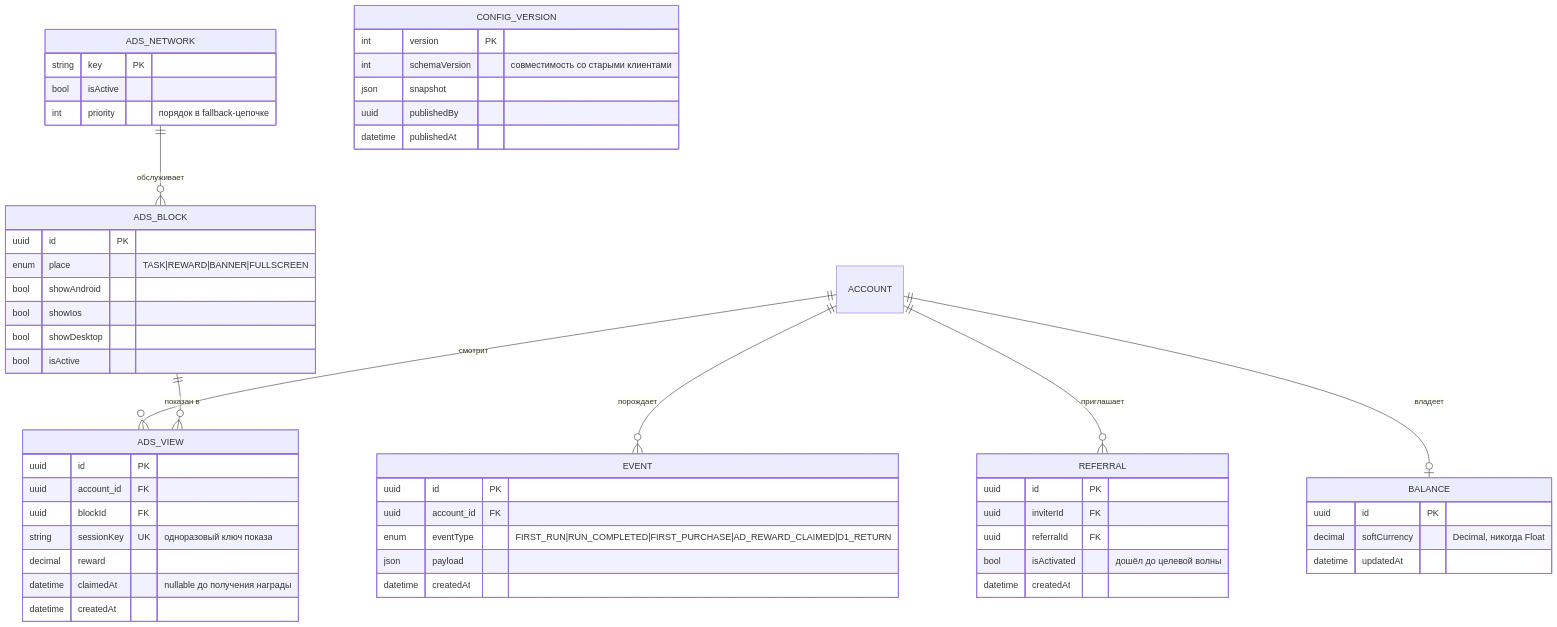
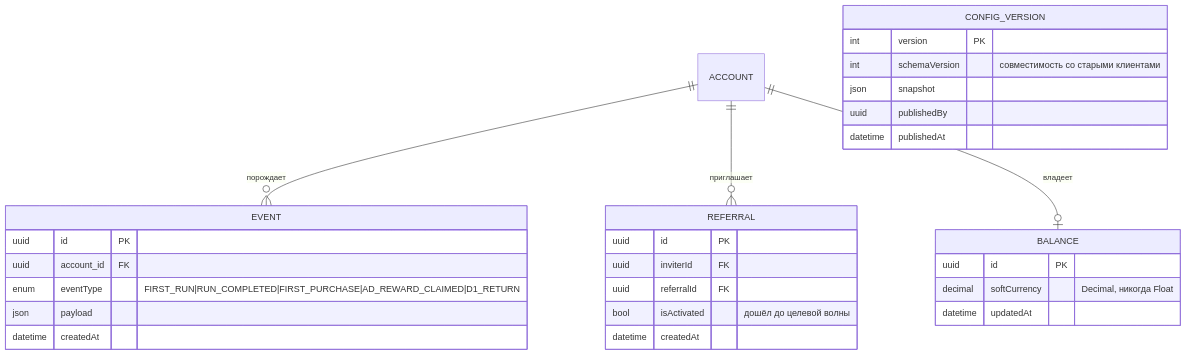
Before and after one commit to JJSGxKD/rubezh: the second of 28 diagrams in docs/21-diagrams.md, drawn with Mermaid. The commit also changed other lines of this file and 15 other files, not shown here.

````diff
--- a/docs/21-diagrams.md
+++ b/docs/21-diagrams.md
@@ -801,64 +855,36 @@
 ```mermaid
 erDiagram
     ACCOUNT ||--o{ EVENT : "порождает"
-    ACCOUNT ||--o{ ADS_VIEW : "смотрит"
     ACCOUNT ||--o{ REFERRAL : "приглашает"
     ACCOUNT ||--o| BALANCE : "владеет"
-    ADS_BLOCK ||--o{ ADS_VIEW : "показан в"
-    ADS_NETWORK ||--o{ ADS_BLOCK : "обслуживает"
 
     EVENT {
         uuid id PK
         uuid account_id FK
         enum eventType "FIRST_RUN|RUN_COMPLETED|FIRST_PURCHASE|AD_REWARD_CLAIMED|D1_RETURN"
         json payload
         datetime createdAt
-    }
-
-    ADS_VIEW {
-        uuid id PK
-        uuid account_id FK
-        uuid blockId FK
-        string sessionKey UK "одноразовый ключ показа"
-        decimal reward
-        datetime claimedAt "nullable до получения награды"
-        datetime createdAt
-    }
-
-    ADS_BLOCK {
-        uuid id PK
-        enum place "TASK|REWARD|BANNER|FULLSCREEN"
-        bool showAndroid
-        bool showIos
-        bool showDesktop
-        bool isActive
-    }
-
-    ADS_NETWORK {
-        string key PK
-        bool isActive
-        int priority "порядок в fallback-цепочке"
     }
 
     REFERRAL {
         uuid id PK
         uuid inviterId FK
         uuid referralId FK
         bool isActivated "дошёл до целевой волны"
         datetime createdAt
     }
 
     BALANCE {
         uuid id PK
         decimal softCurrency "Decimal, никогда Float"
         datetime updatedAt
     }
 
     CONFIG_VERSION {
         int version PK
         int schemaVersion "совместимость со старыми клиентами"
         json snapshot
         uuid publishedBy
         datetime publishedAt
     }
 ```
````
